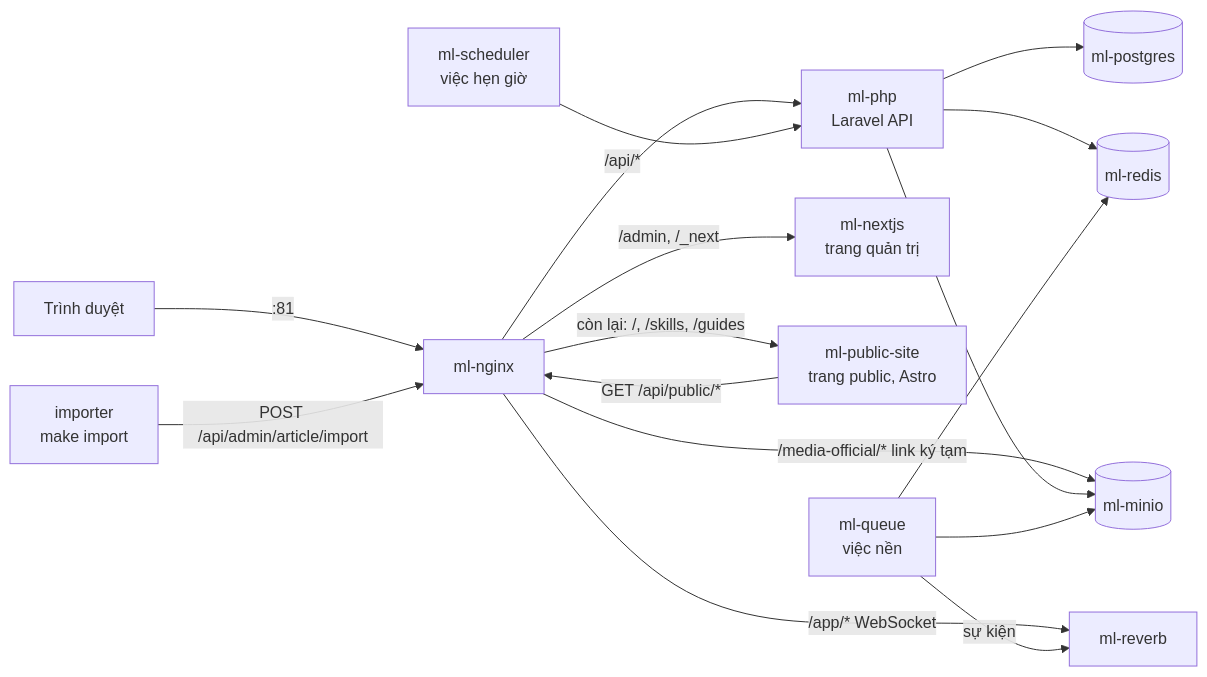
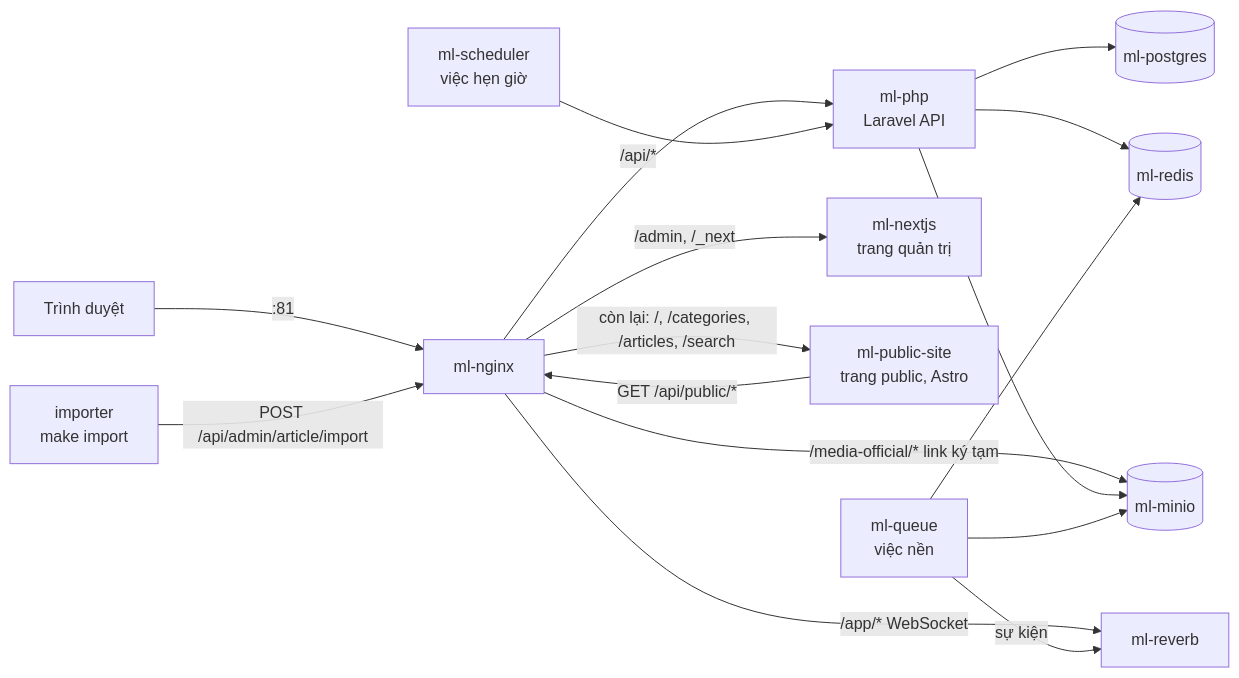
One commit to VinhDV-MCWAI/second_memory changed the first of 2 diagrams in docs/architecture/current.md. Above: the diagram before and after it, drawn with Mermaid. The commit also changed other lines of this file and 12 other files, not shown here.

Commit message:
docs: feature docs, README, architecture, dev guide and Claude guides describe the docs site, not the Skill Ledger (ADR-0022)

````diff
--- a/docs/architecture/current.md
+++ b/docs/architecture/current.md
@@ -7,18 +7,18 @@
 ```mermaid
 flowchart LR
     B[Trình duyệt] -->|:81| N[ml-nginx]
     N -->|/api/*| P[ml-php<br/>Laravel API]
     N -->|/app/* WebSocket| R2[ml-reverb]
     N -->|/media-official/* link ký tạm| M[(ml-minio)]
     N -->|/admin, /_next| F[ml-nextjs<br/>trang quản trị]
-    N -->|còn lại: /, /skills, /guides| D[ml-public-site<br/>trang public, Astro]
+    N -->|còn lại: /, /categories, /articles, /search| D[ml-public-site<br/>trang public, Astro]
     D -->|GET /api/public/*| N
     P --> PG[(ml-postgres)]
     P --> R[(ml-redis)]
     P --> M
     Q[ml-queue<br/>việc nền] --> R
     Q --> M
     S[ml-scheduler<br/>việc hẹn giờ] --> P
     Q -->|sự kiện| R2
     I[importer<br/>make import] -->|POST /api/admin/article/import| N
 ```
````
